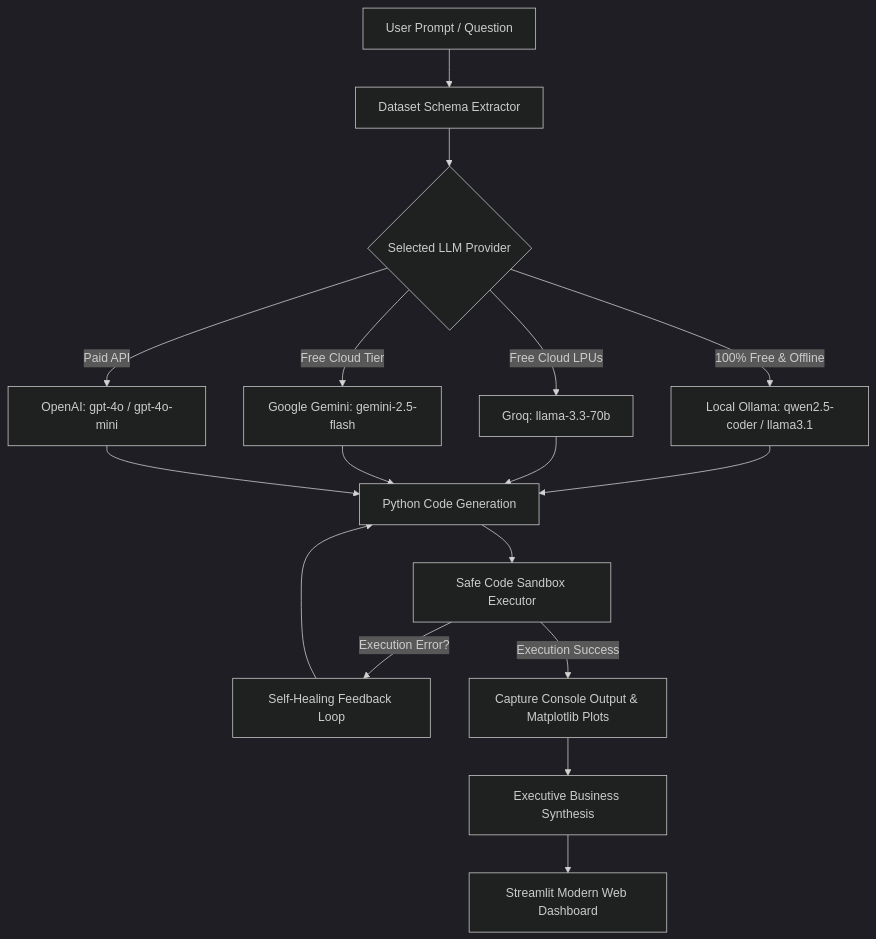
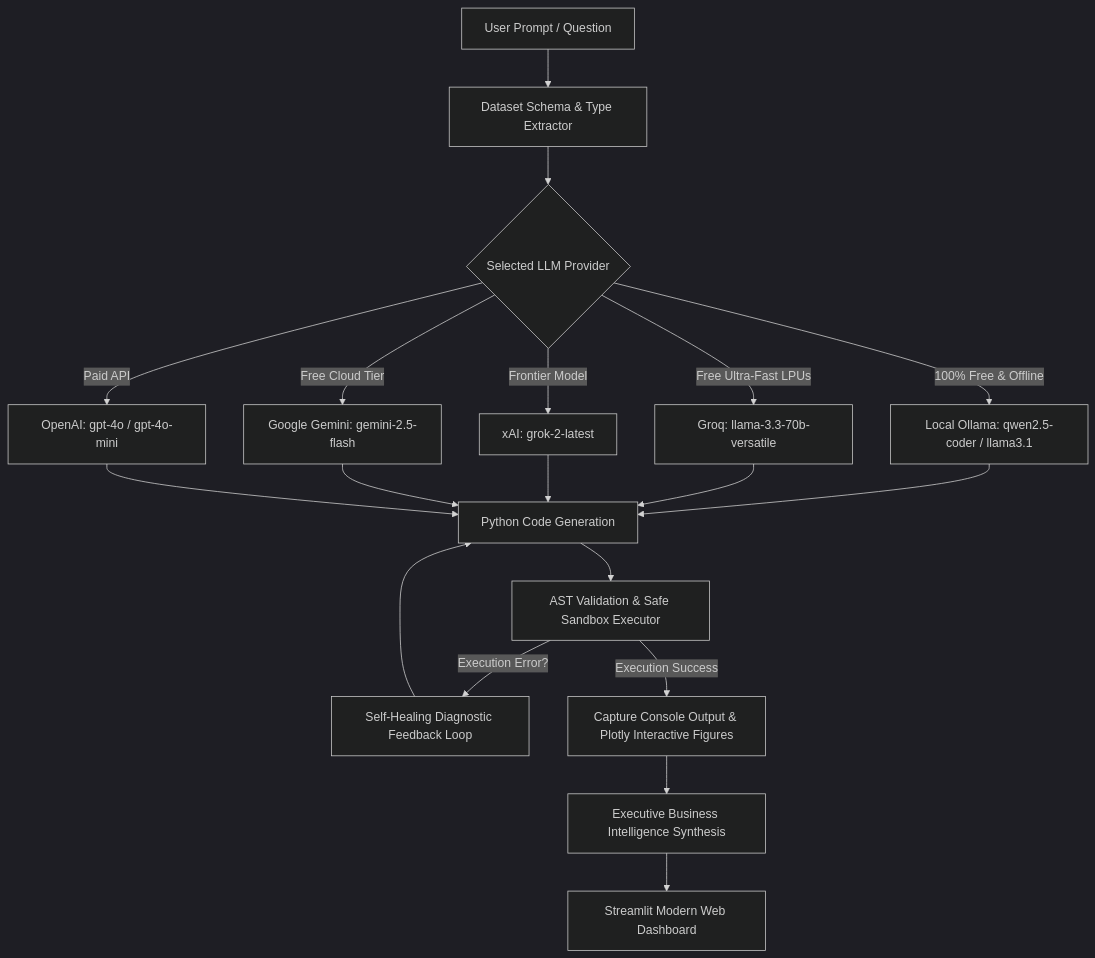
The diagram in README.md (arslanahmedbhutto/analysis_agent), drawn with Mermaid (dark theme) before and after one commit. The commit also changed other lines of this file, not shown here.

Commit message:
Update README with live Streamlit Cloud demo link and remove manual deployment guide

````diff
--- a/README.md
+++ b/README.md
@@ -57,19 +74,20 @@
 ```mermaid
 flowchart TD
-    A[User Prompt / Question] --> B[Dataset Schema Extractor]
+    A[User Prompt / Question] --> B[Dataset Schema & Type Extractor]
     B --> C{Selected LLM Provider}
     C -->|100% Free & Offline| D1[Local Ollama: qwen2.5-coder / llama3.1]
-    C -->|Free Cloud LPUs| D2[Groq: llama-3.3-70b]
-    C -->|Free Cloud Tier| D3[Google Gemini: gemini-2.5-flash]
-    C -->|Paid API| D4[OpenAI: gpt-4o / gpt-4o-mini]
+    C -->|Free Ultra-Fast LPUs| D2[Groq: llama-3.3-70b-versatile]
+    C -->|Frontier Model| D3[xAI: grok-2-latest]
+    C -->|Free Cloud Tier| D4[Google Gemini: gemini-2.5-flash]
+    C -->|Paid API| D5[OpenAI: gpt-4o / gpt-4o-mini]
     
-    D1 & D2 & D3 & D4 --> E[Python Code Generation]
-    E --> F[Safe Code Sandbox Executor]
+    D1 & D2 & D3 & D4 & D5 --> E[Python Code Generation]
+    E --> F[AST Validation & Safe Sandbox Executor]
     
-    F -->|Execution Error?| G[Self-Healing Feedback Loop]
+    F -->|Execution Error?| G[Self-Healing Diagnostic Feedback Loop]
     G --> E
     
-    F -->|Execution Success| H[Capture Console Output & Matplotlib Plots]
-    H --> I[Executive Business Synthesis]
+    F -->|Execution Success| H[Capture Console Output & Plotly Interactive Figures]
+    H --> I[Executive Business Intelligence Synthesis]
     I --> J[Streamlit Modern Web Dashboard]
 ```
````
